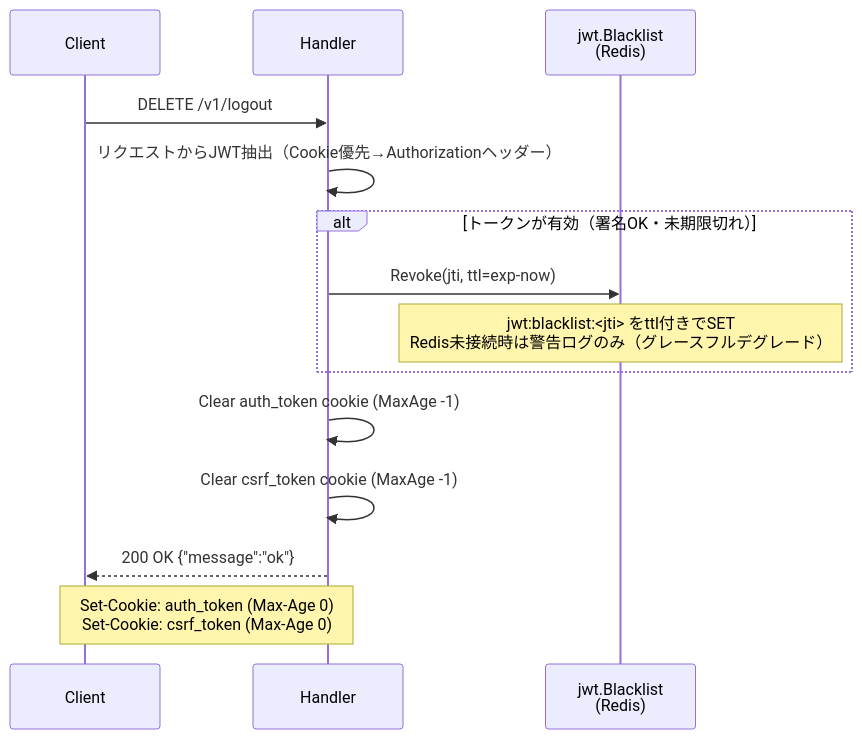
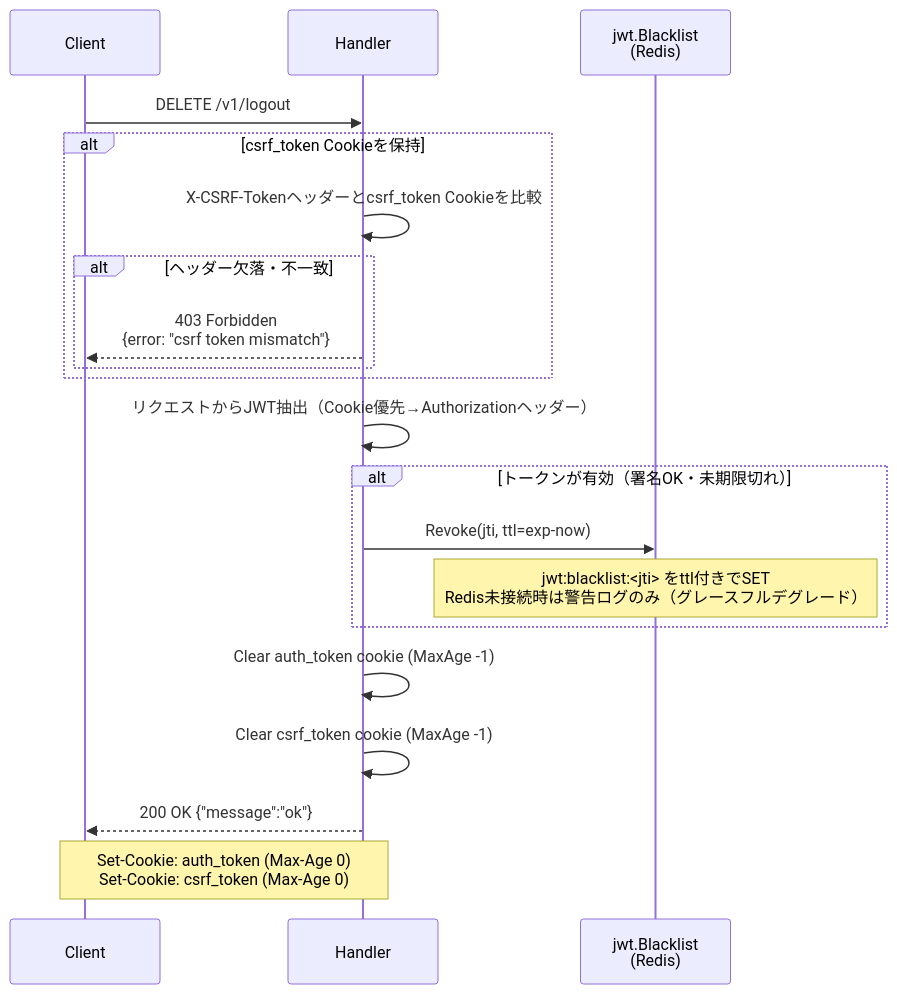
One commit to UCHIDAnobuhiro/stock-backend changed the third of 6 diagrams in docs/features/auth.md. Above: the diagram before and after it, drawn with Mermaid. The commit also changed other lines of this file and 5 other files, not shown here.

````diff
--- a/docs/features/auth.md
+++ b/docs/features/auth.md
@@ -127,17 +127,23 @@
 ```mermaid
 sequenceDiagram
     participant Client
     participant Handler as Handler
     participant Blacklist as jwt.Blacklist<br/>(Redis)
 
     Client->>Handler: DELETE /v1/logout
+    alt csrf_token Cookieを保持
+        Handler->>Handler: X-CSRF-Tokenヘッダーとcsrf_token Cookieを比較
+        alt ヘッダー欠落・不一致
+            Handler-->>Client: 403 Forbidden<br/>{error: "csrf token mismatch"}
+        end
+    end
     Handler->>Handler: リクエストからJWT抽出（Cookie優先→Authorizationヘッダー）
     alt トークンが有効（署名OK・未期限切れ）
         Handler->>Blacklist: Revoke(jti, ttl=exp-now)
         Note over Blacklist: jwt:blacklist:<jti> をttl付きでSET<br/>Redis未接続時は警告ログのみ（グレースフルデグレード）
     end
     Handler->>Handler: Clear auth_token cookie (MaxAge -1)
     Handler->>Handler: Clear csrf_token cookie (MaxAge -1)
     Handler-->>Client: 200 OK {"message":"ok"}
     Note over Handler,Client: Set-Cookie: auth_token (Max-Age 0)<br/>Set-Cookie: csrf_token (Max-Age 0)
 ```
````
